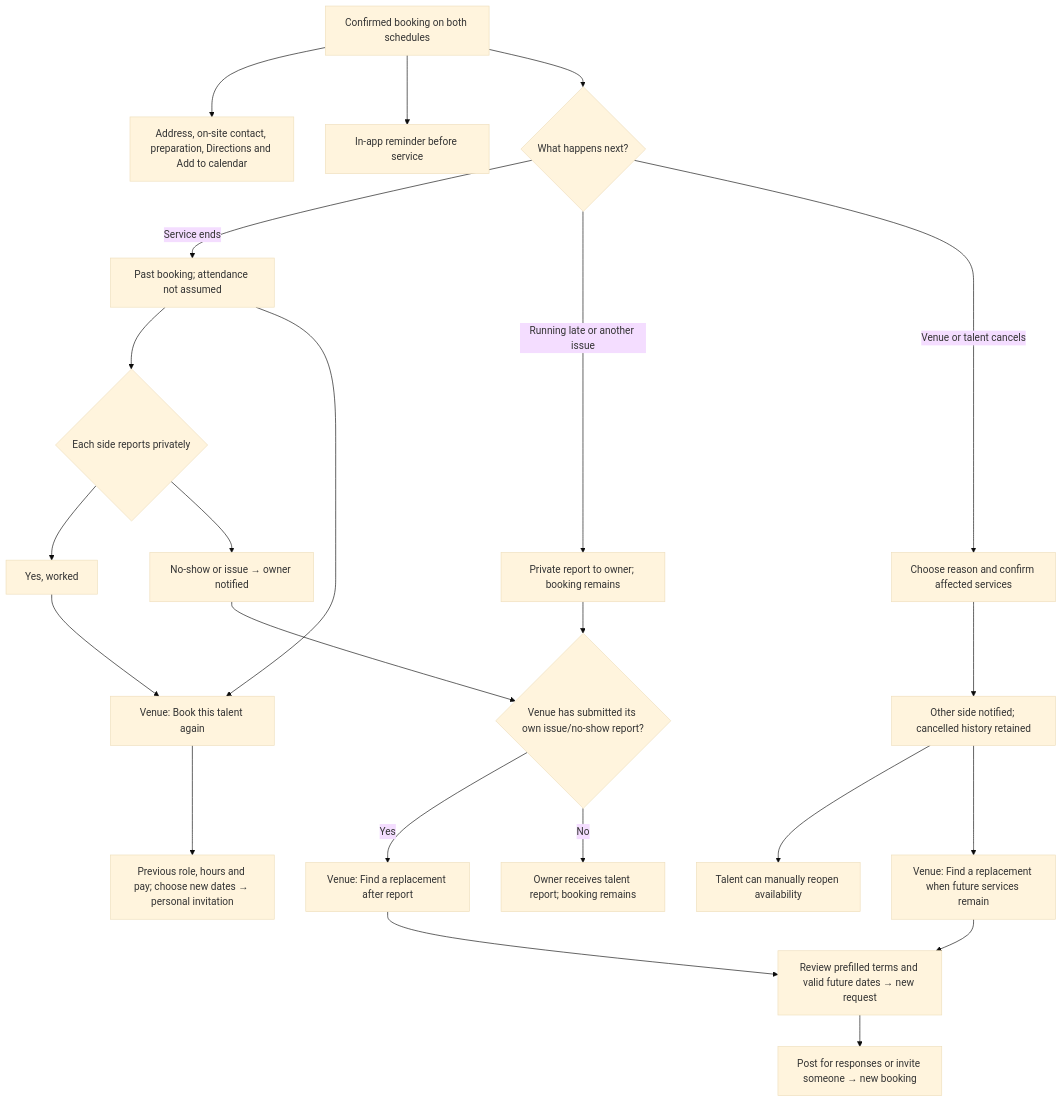
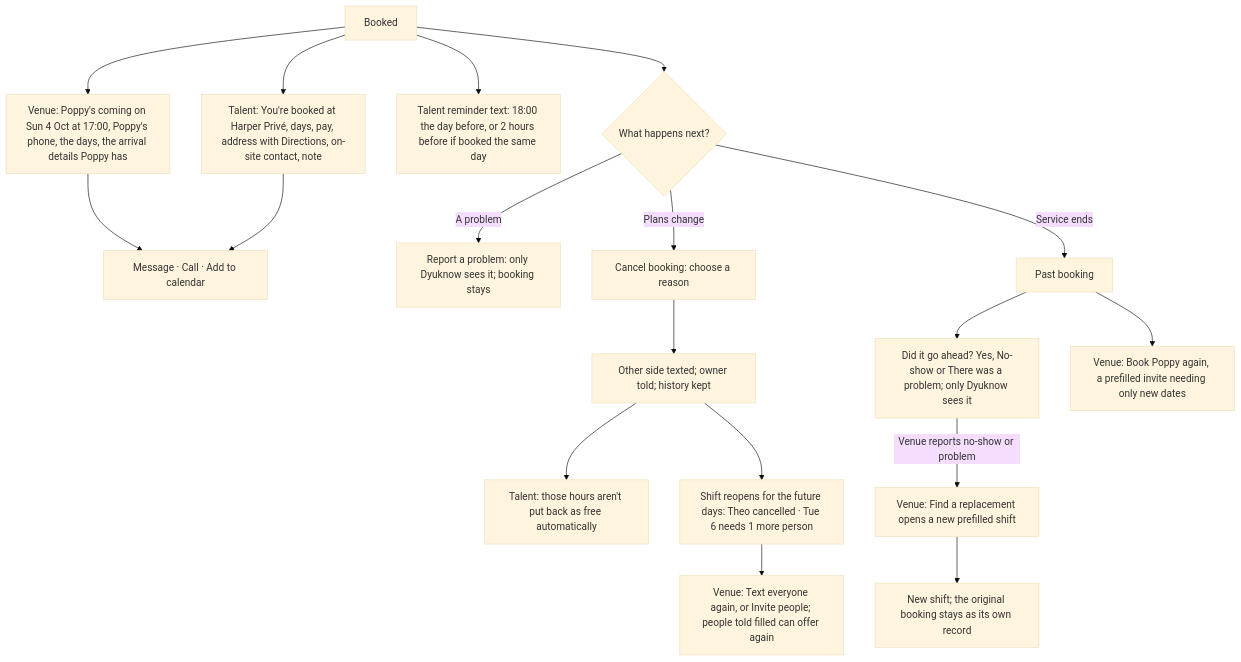
Before and after one commit to Envo-Entity/dyuknow: the eighth of 10 diagrams in docs/MVP-preview-flowcharts.md, drawn with Mermaid (base theme). The commit also changed other lines of this file and 54 other files, not shown here.

````diff
--- a/docs/MVP-preview-flowcharts.md
+++ b/docs/MVP-preview-flowcharts.md
@@ -151,25 +238,20 @@
 ```mermaid
 flowchart TD
-    B["Confirmed booking on both schedules"] --> ARR["Address, on-site contact, preparation, Directions and Add to calendar"]
-    B --> REM["In-app reminder before service"]
-    B --> ACT{"What happens next?"}
-    ACT -->|"Service ends"| PAST["Past booking; attendance not assumed"]
-    PAST --> REPORT{"Each side reports privately"}
-    REPORT --> YES["Yes, worked"]
-    REPORT --> NS["No-show or issue → owner notified"]
-    ACT -->|"Running late or another issue"| ISSUE["Private report to owner; booking remains"]
-    ACT -->|"Venue or talent cancels"| WHY["Choose reason and confirm affected services"]
-    WHY --> CANCEL["Other side notified; cancelled history retained"]
-    CANCEL --> TAL["Talent can manually reopen availability"]
-    CANCEL --> REP["Venue: Find a replacement when future services remain"]
-    NS --> OWN{"Venue has submitted its own issue/no-show report?"}
-    ISSUE --> OWN
-    OWN -->|"Yes"| REP2["Venue: Find a replacement after report"]
-    OWN -->|"No"| HELP["Owner receives talent report; booking remains"]
-    REP --> NEW["Review prefilled terms and valid future dates → new request"]
-    REP2 --> NEW
-    NEW --> FLOW["Post for responses or invite someone → new booking"]
-    YES --> AGAIN["Venue: Book this talent again"]
-    PAST --> AGAIN
-    AGAIN --> INV["Previous role, hours and pay; choose new dates → personal invitation"]
+    B["Booked"] --> VV["Venue: Poppy's coming on Sun 4 Oct at 17:00, Poppy's phone, the days, the arrival details Poppy has"]
+    B --> TV["Talent: You're booked at Harper Privé, days, pay, address with Directions, on-site contact, note"]
+    VV --> ACT["Message · Call · Add to calendar"]
+    TV --> ACT
+    B --> REM["Talent reminder text: 18:00 the day before, or 2 hours before if booked the same day"]
+    B --> NEXT{"What happens next?"}
+    NEXT -->|"A problem"| REP["Report a problem: only Dyuknow sees it; booking stays"]
+    NEXT -->|"Plans change"| CAN["Cancel booking: choose a reason"]
+    CAN --> TOLD["Other side texted; owner told; history kept"]
+    TOLD --> T2["Talent: those hours aren't put back as free automatically"]
+    TOLD --> REOPEN["Shift reopens for the future days: Theo cancelled · Tue 6 needs 1 more person"]
+    REOPEN --> V2["Venue: Text everyone again, or Invite people; people told filled can offer again"]
+    NEXT -->|"Service ends"| PAST["Past booking"]
+    PAST --> ASK["Did it go ahead? Yes, No-show or There was a problem; only Dyuknow sees it"]
+    ASK -->|"Venue reports no-show or problem"| V3["Venue: Find a replacement opens a new prefilled shift"]
+    PAST --> AGAIN["Venue: Book Poppy again, a prefilled invite needing only new dates"]
+    V3 --> NEWS["New shift; the original booking stays as its own record"]
 ```
````
